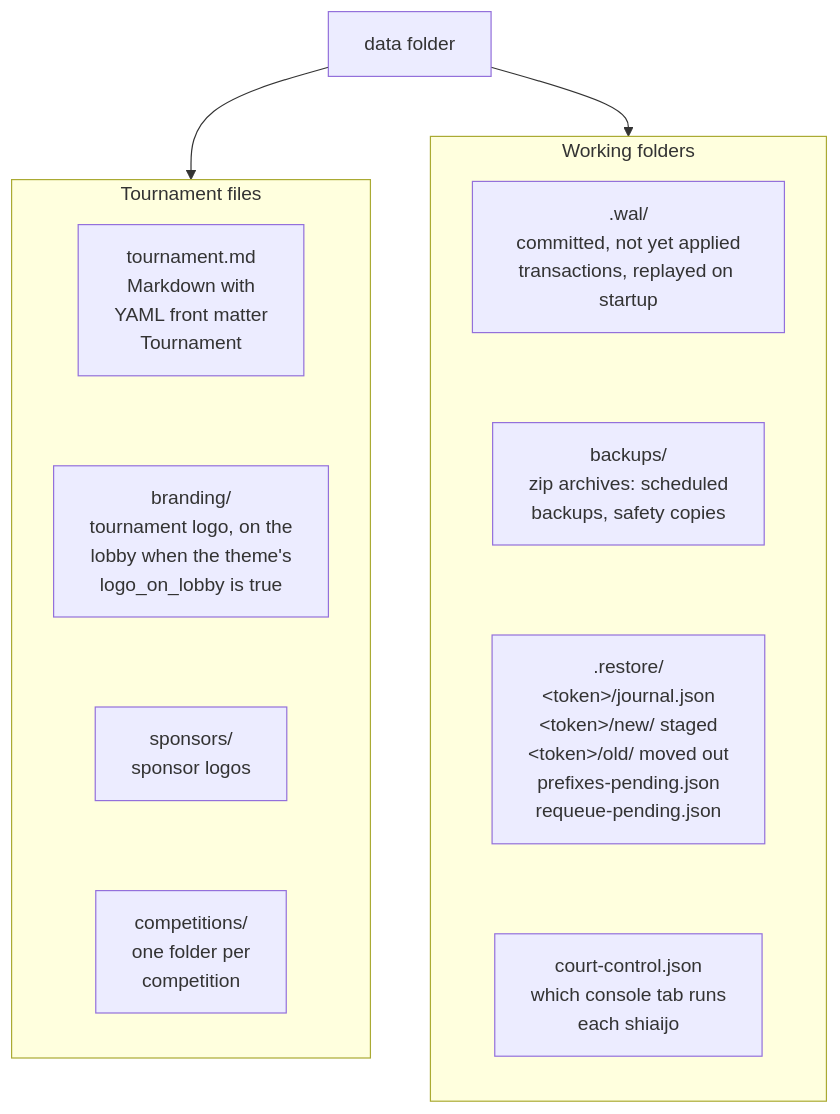
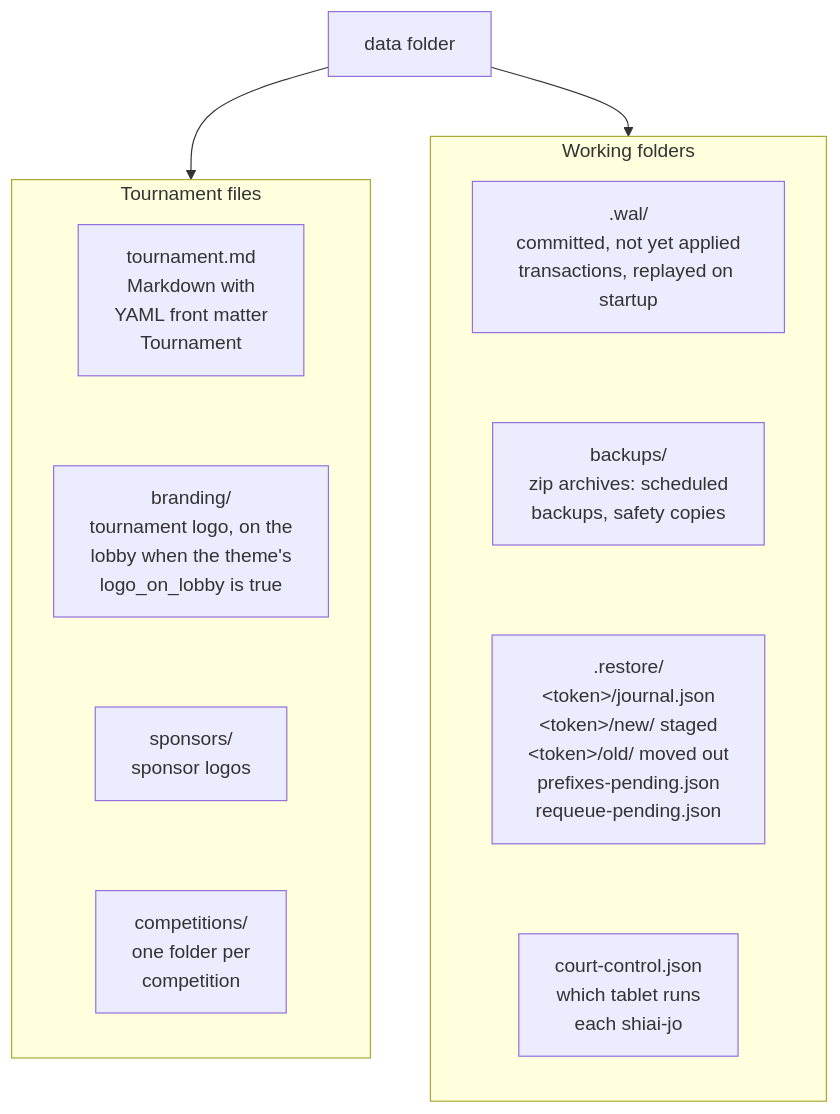
Before and after one commit to gitrgoliveira/bracket-creator: the sixth of 8 diagrams in docs/architecture/data-model.md, drawn with Mermaid. The commit also changed other lines of this file and 64 other files, not shown here.

````diff
--- a/docs/architecture/data-model.md
+++ b/docs/architecture/data-model.md
@@ -683,25 +692,25 @@
 ```mermaid
 flowchart TB
     root["data folder"]
 
     subgraph top ["Tournament files"]
         direction TB
         tournament_md["tournament.md<br/>Markdown with<br/>YAML front matter<br/>Tournament"]
         branding_dir["branding/<br/>tournament logo, on the<br/>lobby when the theme's<br/>logo_on_lobby is true"]
         sponsors_dir["sponsors/<br/>sponsor logos"]
         competitions_dir["competitions/<br/>one folder per<br/>competition"]
         tournament_md ~~~ branding_dir ~~~ sponsors_dir ~~~ competitions_dir
     end
 
     subgraph work ["Working folders"]
         direction TB
         wal[".wal/<br/>committed, not yet applied<br/>transactions, replayed on startup"]
         backups_dir["backups/<br/>zip archives: scheduled<br/>backups, safety copies"]
         restore_dir[".restore/<br/>#lt;token#gt;/journal.json<br/>#lt;token#gt;/new/ staged<br/>#lt;token#gt;/old/ moved out<br/>prefixes-pending.json<br/>requeue-pending.json"]
-        court_control["court-control.json<br/>which console tab runs<br/>each shiaijo"]
+        court_control["court-control.json<br/>which tablet runs<br/>each shiai-jo"]
         wal ~~~ backups_dir ~~~ restore_dir ~~~ court_control
     end
 
     root --> top
     root --> work
 ```
````
